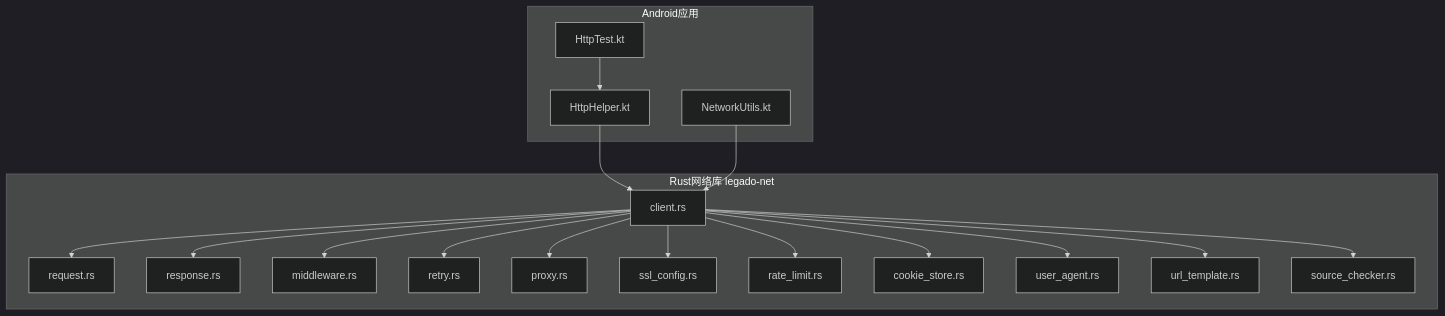
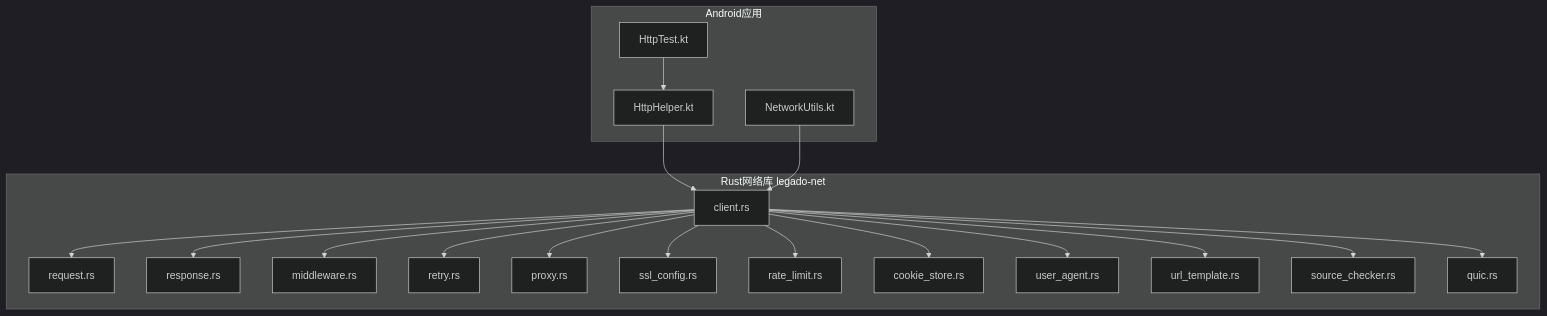
The first of 11 diagrams in .qoder/repowiki/zh/content/架构设计/通信机制/网络通信.md (ZhangGHGitHub/LegadoTeamFlutter), drawn with Mermaid (dark theme) before and after one commit. The commit also changed other lines of this file and 66 other files, not shown here.

````diff
--- a/.qoder/repowiki/zh/content/架构设计/通信机制/网络通信.md
+++ b/.qoder/repowiki/zh/content/架构设计/通信机制/网络通信.md
@@ -57,36 +68,38 @@
 ```mermaid
 graph TB
 subgraph "Android应用"
 A["HttpHelper.kt"]
 B["NetworkUtils.kt"]
 T["HttpTest.kt"]
 end
 subgraph "Rust网络库 legado-net"
 C["client.rs"]
 D["request.rs"]
 E["response.rs"]
 F["middleware.rs"]
 G["retry.rs"]
 H["proxy.rs"]
 I["ssl_config.rs"]
 J["rate_limit.rs"]
 K["cookie_store.rs"]
 L["user_agent.rs"]
 M["url_template.rs"]
 N["source_checker.rs"]
+O["quic.rs"]
 end
 A --> C
 B --> C
 T --> A
 C --> D
 C --> E
 C --> F
 C --> G
 C --> H
 C --> I
 C --> J
 C --> K
 C --> L
 C --> M
 C --> N
+C --> O
 ```
````
